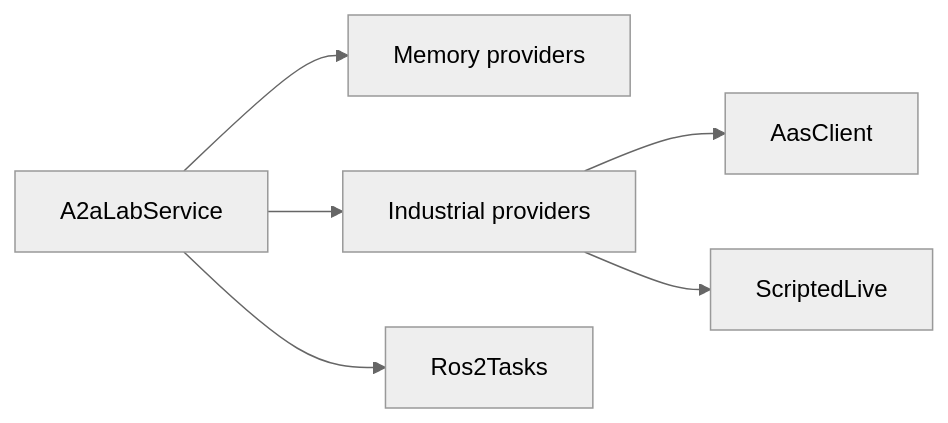
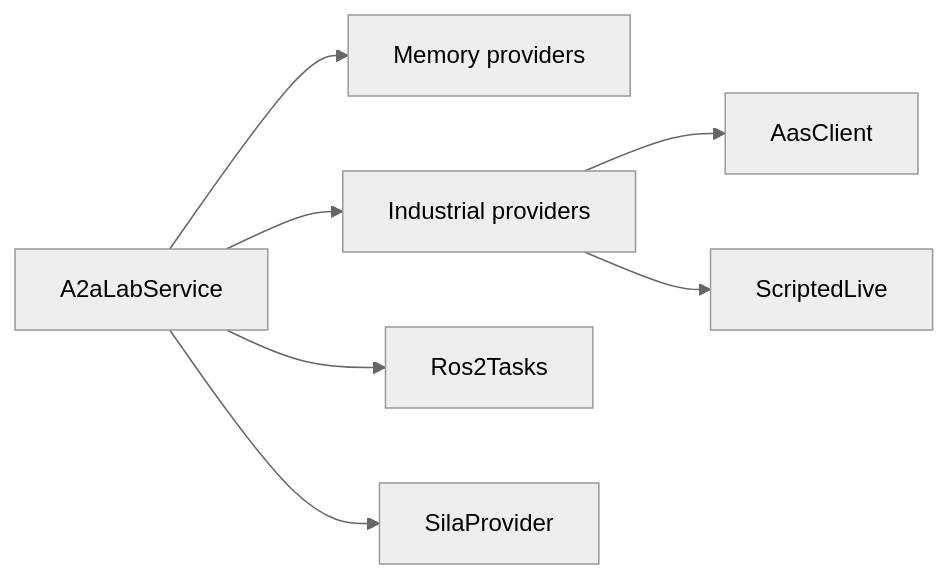
Before and after one commit to A3Analytics/a2a-lab-dev-kit-rs: the diagram in backlog/docs/reference/implementations/doc-18 - Implementations.md, drawn with Mermaid (neutral theme). The commit also changed other lines of this file and 48 other files, not shown here.

````diff
--- a/backlog/docs/reference/implementations/doc-18 - Implementations.md
+++ b/backlog/docs/reference/implementations/doc-18 - Implementations.md
@@ -17,10 +17,11 @@
 ```mermaid
 flowchart LR
   accTitle: Provider implementations
-  accDescr: A2aLabService uses memory providers, industrial providers, and Ros2Tasks. Industrial providers use AasClient and ScriptedLive.
+  accDescr: A2aLabService uses memory providers, industrial providers, Ros2Tasks, and SilaProvider. Industrial providers use AasClient and ScriptedLive.
   service["A2aLabService"] --> memory["Memory providers"]
   service --> industrial["Industrial providers"]
   service --> ros["Ros2Tasks"]
+  service --> sila["SilaProvider"]
   industrial --> catalog["AasClient"]
   industrial --> live["ScriptedLive"]
 ```
````
